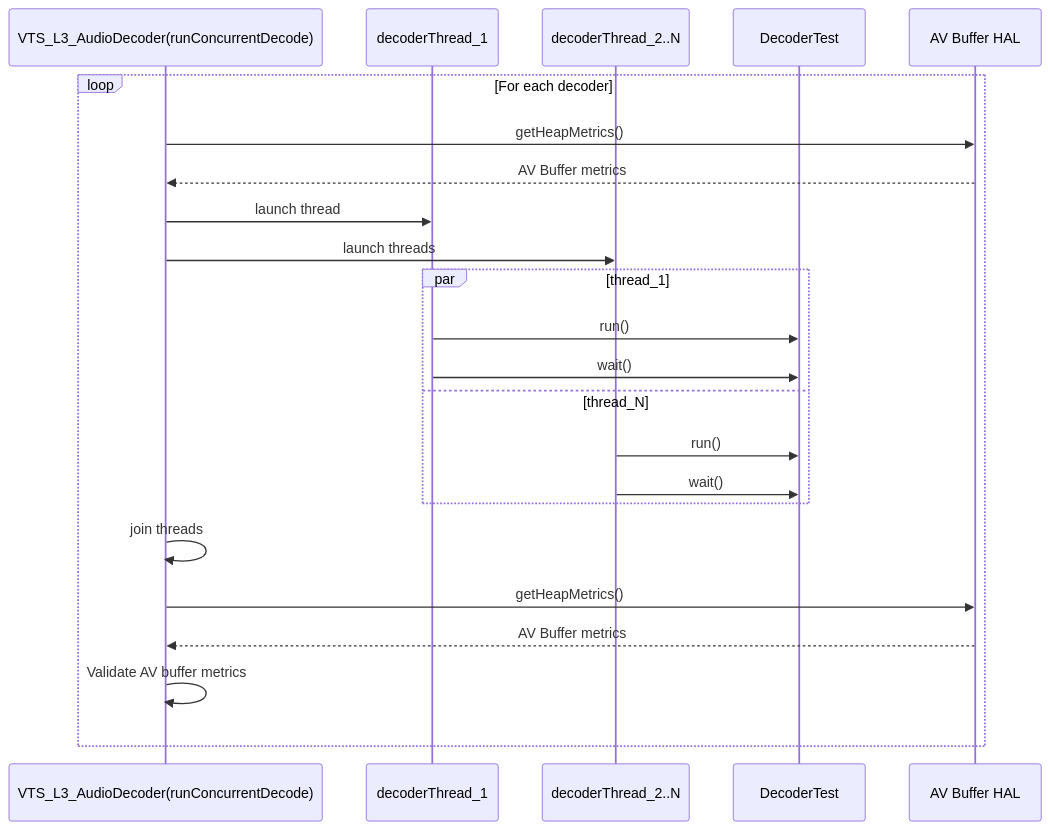
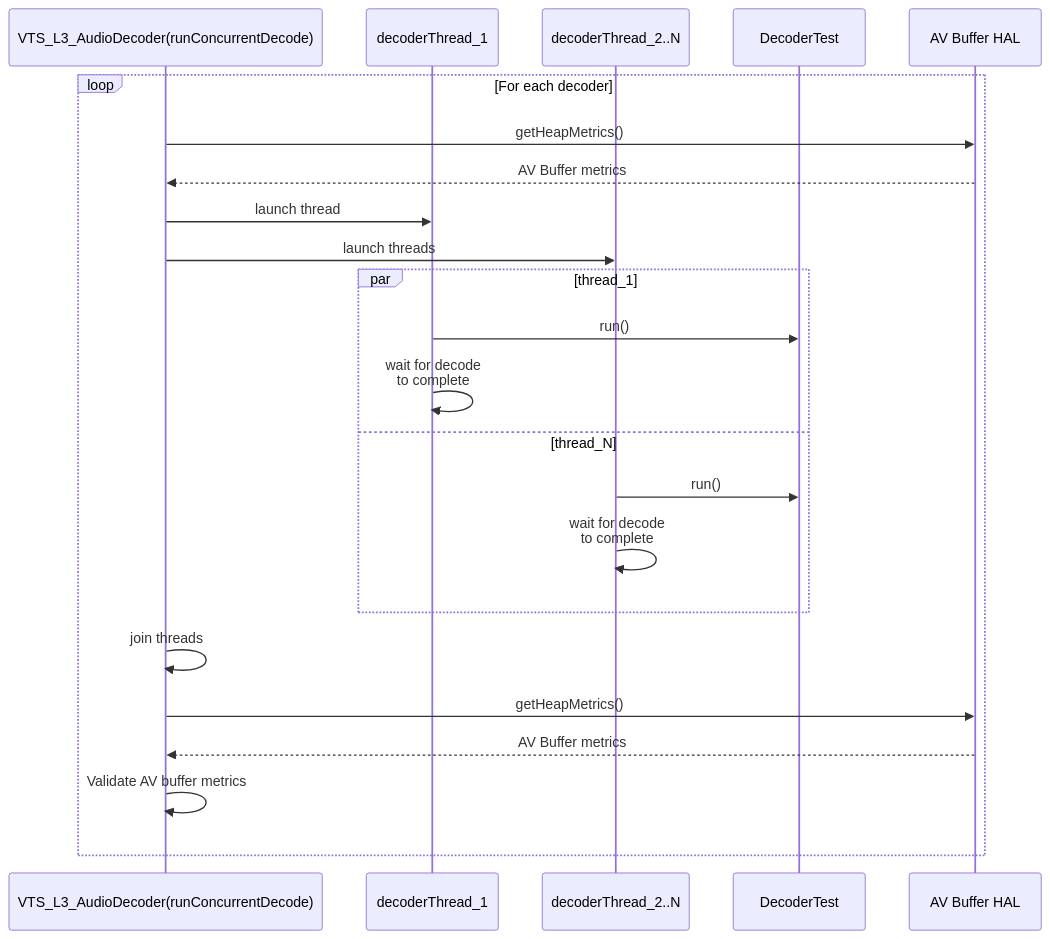
The fifth of 12 diagrams in docs/pages/audioDecoder_L3_Low-Level_TestSpecification.md (davidkoo-brcm/rdk-halif-aidl-test-audiodecoder), drawn with Mermaid before and after one commit. The commit also changed other lines of this file, not shown here.

Commit message:
gh #18: L3 Testcases
- Updated L3 lowlevel document

````diff
--- a/docs/pages/audioDecoder_L3_Low-Level_TestSpecification.md
+++ b/docs/pages/audioDecoder_L3_Low-Level_TestSpecification.md
@@ -273,26 +273,26 @@
 ```mermaid
 sequenceDiagram
   participant rundecoder as VTS_L3_AudioDecoder(runConcurrentDecode)
   participant thread_1 as decoderThread_1
   participant thread_N as decoderThread_2..N
   participant DecoderTest
   participant buffer as AV Buffer HAL
 
   loop For each decoder
     rundecoder->>buffer : getHeapMetrics()
     buffer -->> rundecoder: AV Buffer metrics
     rundecoder->>thread_1: launch thread
     rundecoder->>thread_N: launch threads
     par thread_1
       thread_1->>DecoderTest: run()
-      thread_1->>DecoderTest: wait()
+      thread_1->>thread_1: wait for decode <br>to complete
     and thread_N
       thread_N->>DecoderTest: run()
-      thread_N->>DecoderTest: wait()
+      thread_N->>thread_N: wait for decode <br>to complete
     end
     rundecoder->>rundecoder: join threads
     rundecoder->>buffer : getHeapMetrics()
     buffer -->> rundecoder: AV Buffer metrics
     rundecoder->>rundecoder: Validate AV buffer metrics
   end
 ```
````
